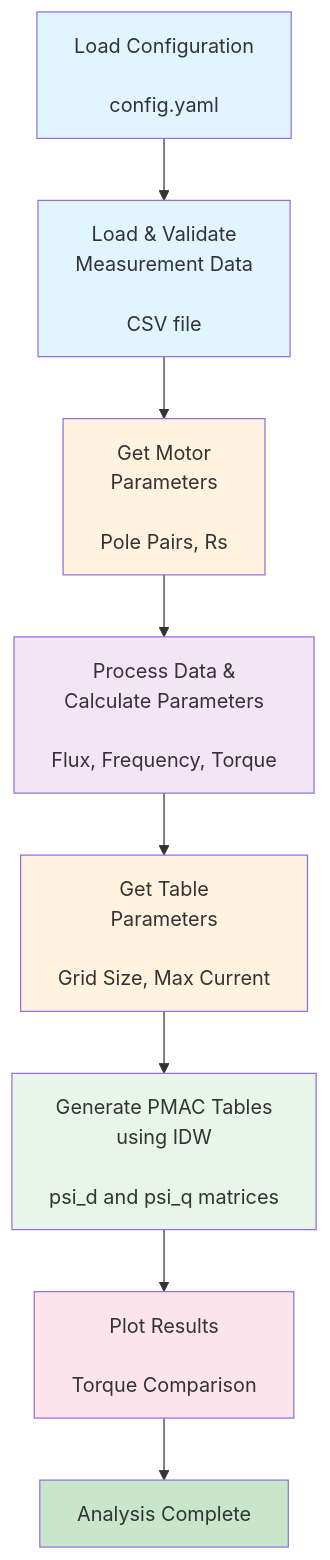
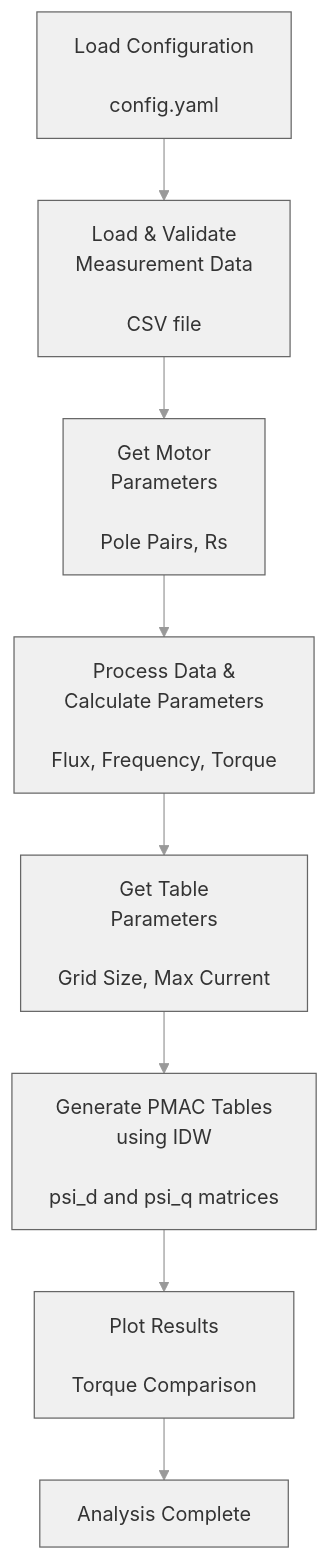
Before and after one commit to seanbf/tableGen: the first of 3 diagrams in docs/README.md, drawn with Mermaid. The commit also changed other lines of this file, not shown here.

Commit message:
Update mermaid diagrams with theme configuration for dark/light mode compatibility

````diff
--- a/docs/README.md
+++ b/docs/README.md
@@ -11,19 +11,11 @@
 ```mermaid
+%%{init: {'theme':'base', 'themeVariables': { 'primaryColor':'#f0f0f0', 'primaryTextColor':'#333', 'primaryBorderColor':'#666', 'lineColor':'#999', 'secondBkgColor':'#e8e8e8', 'tertiaryColor':'#fff'}}}%%
 graph TD
     A["Load Configuration<br/><br/>config.yaml"] --> B["Load & Validate<br/>Measurement Data<br/><br/>CSV file"]
     B --> C["Get Motor<br/>Parameters<br/><br/>Pole Pairs, Rs"]
     C --> D["Process Data &<br/>Calculate Parameters<br/><br/>Flux, Frequency, Torque"]
     D --> E["Get Table<br/>Parameters<br/><br/>Grid Size, Max Current"]
     E --> F["Generate PMAC Tables<br/>using IDW<br/><br/>psi_d and psi_q matrices"]
     F --> G["Plot Results<br/><br/>Torque Comparison"]
     G --> H["Analysis Complete"]
-    
-    style A fill:#e1f5ff
-    style B fill:#e1f5ff
-    style C fill:#fff3e0
-    style D fill:#f3e5f5
-    style E fill:#fff3e0
-    style F fill:#e8f5e9
-    style G fill:#fce4ec
-    style H fill:#c8e6c9
 ```
````
